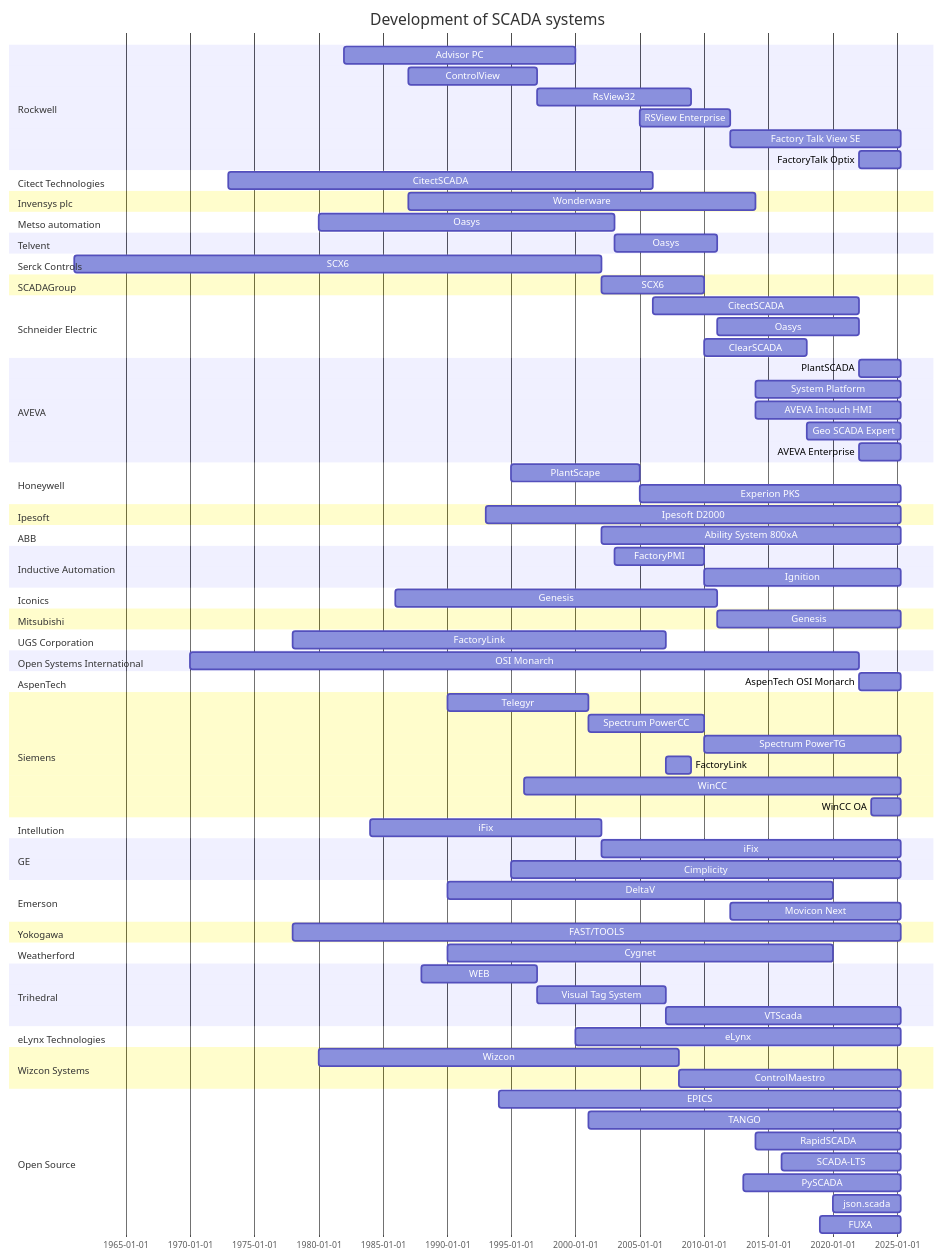
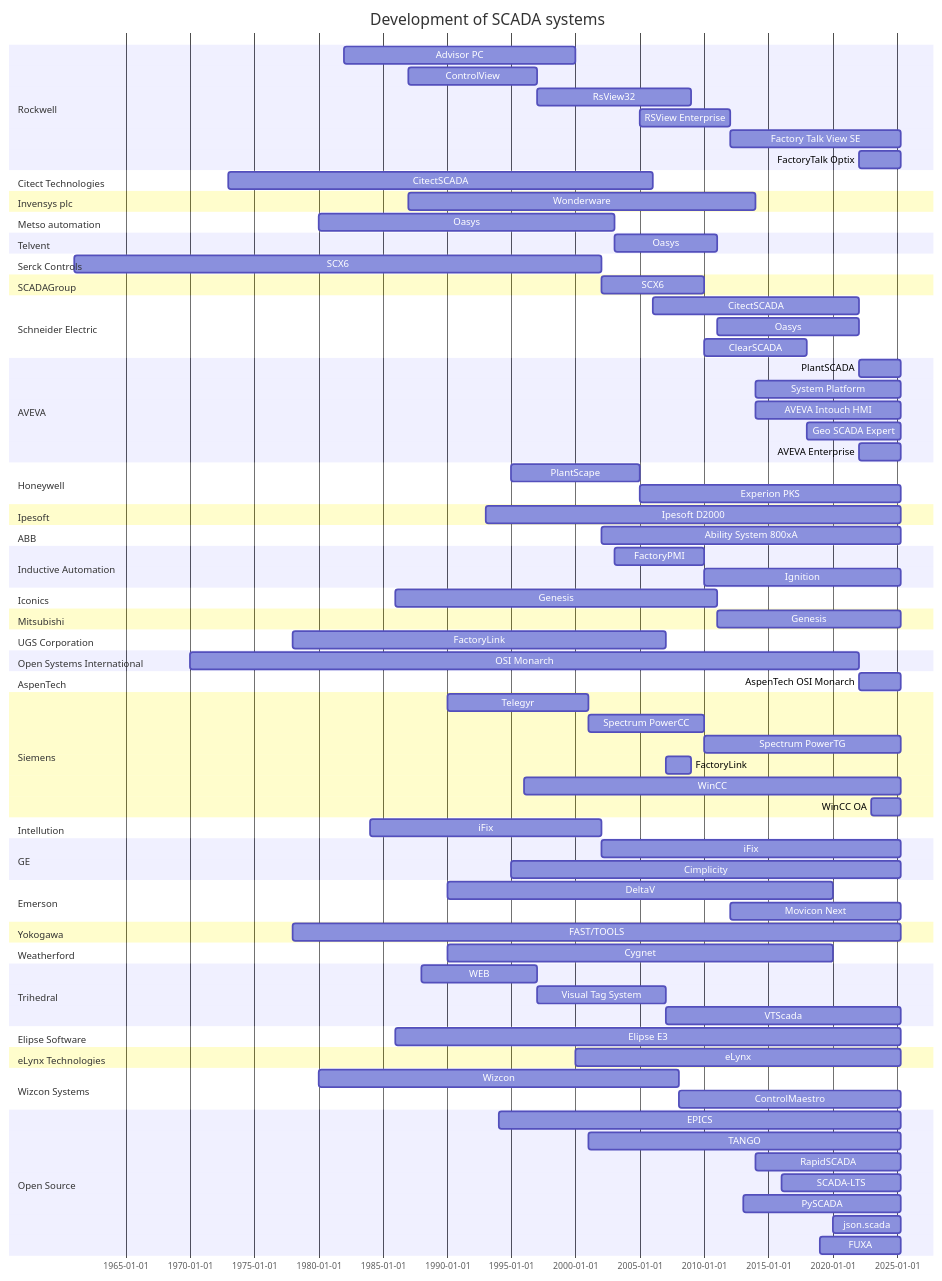
One commit to hutcheb/scada-timeline changed the diagram in README.md. Above: the diagram before and after it, drawn with Mermaid.

Commit message:
feat: Add Elipse E3

```diff
--- a/README.md
+++ b/README.md
@@ -110,6 +110,9 @@
         WEB : web, 1988, 1997
         Visual Tag System : vts, after web, 2007
         VTScada : after vts, until 2025
+    section Elipse Software
+        %%(https://www.elipse.com.br/en/empresa/) 
+        Elipse E3  : 1986, until 2025
     section eLynx Technologies
         %%(https://www.elynxtech.com/company/about) 
         eLynx  : 2000, until 2025
@@ -118,7 +121,6 @@
         Wizcon  : 1980, 2008    
         %%(https://elutions-controlmaestro.com/ourcompany/)
         ControlMaestro : 2008, until 2025
-    
     section Open Source
         %%(https://en.wikipedia.org/wiki/EPICS)
         EPICS : epics, 1994, until 2025
```
